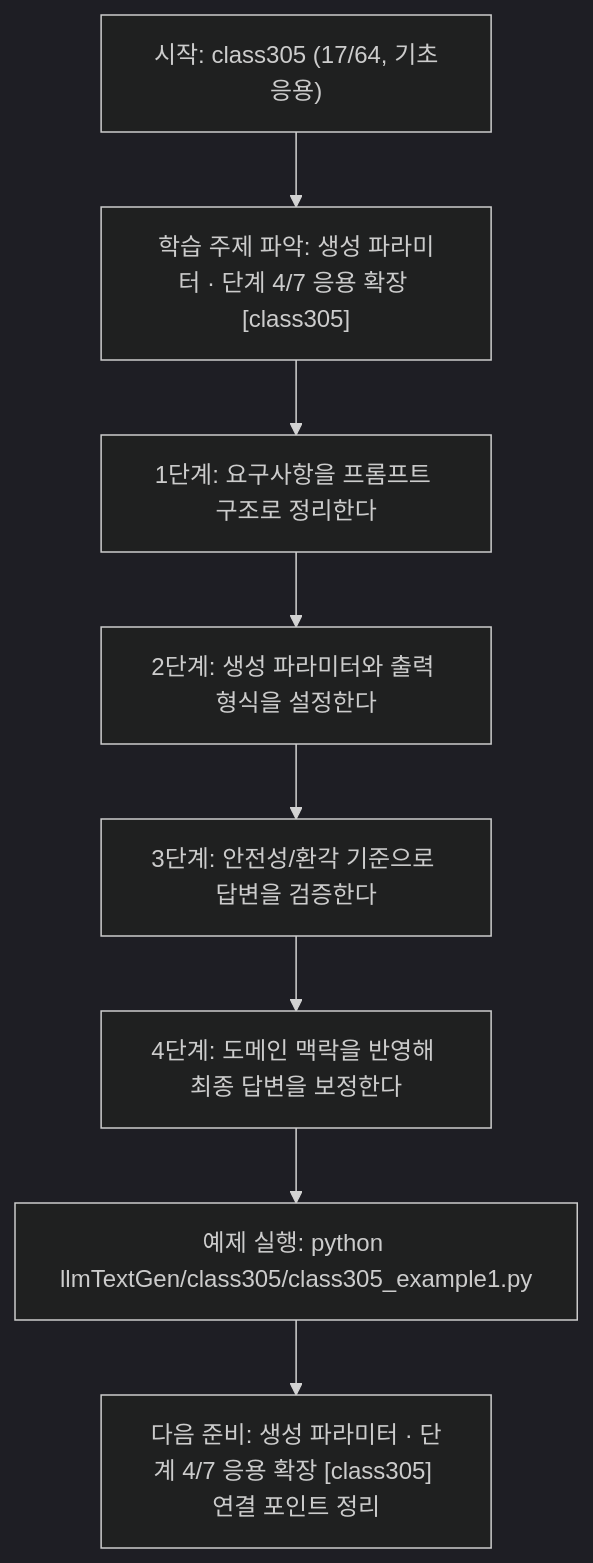
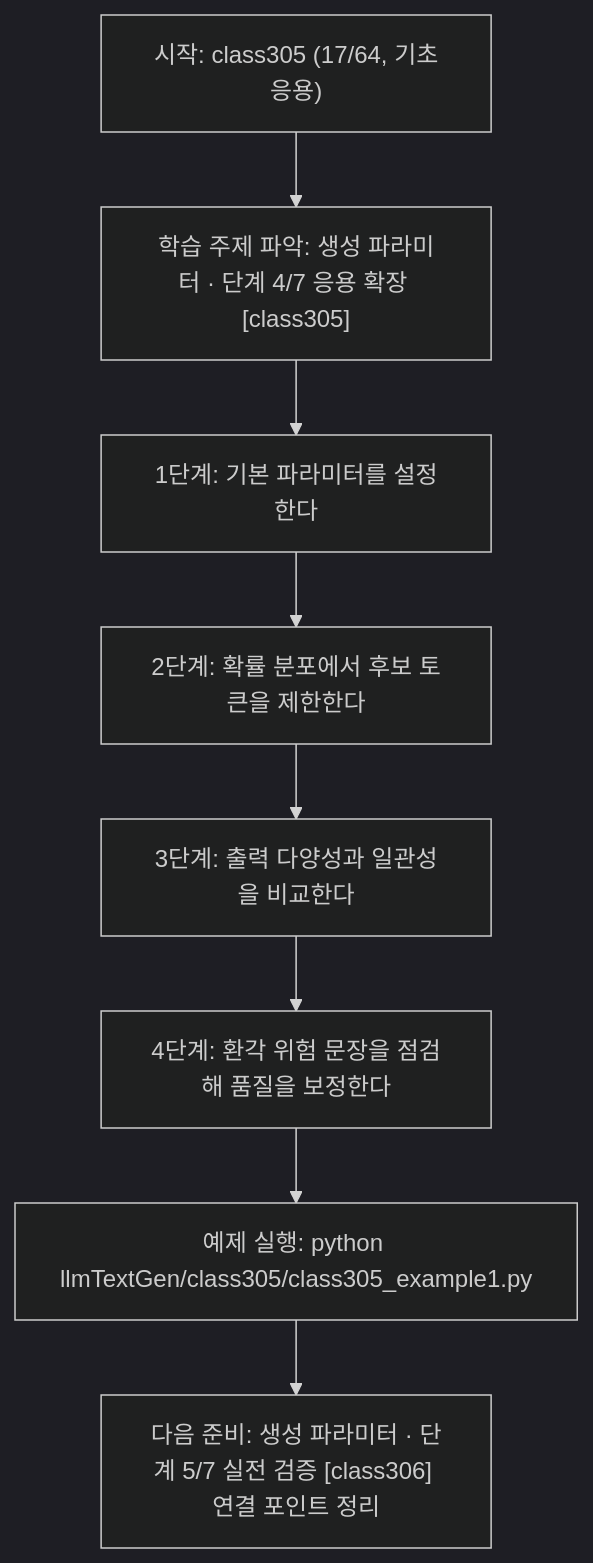
The diagram in llmTextGen/class305/class305.md (edumgt/Python-AI_Agent-Class), drawn with Mermaid (dark theme) before and after one commit. The commit also changed other lines of this file and 451 other files, not shown here.

````diff
--- a/llmTextGen/class305/class305.md
+++ b/llmTextGen/class305/class305.md
@@ -113,18 +95,18 @@
 ```mermaid
 flowchart TD
 N1["시작: class305 (17/64, 기초응용)"]
 N2["학습 주제 파악: 생성 파라미터 · 단계 4/7 응용 확장 [class305]"]
-N3["1단계: 요구사항을 프롬프트 구조로 정리한다"]
-N4["2단계: 생성 파라미터와 출력 형식을 설정한다"]
-N5["3단계: 안전성/환각 기준으로 답변을 검증한다"]
-N6["4단계: 도메인 맥락을 반영해 최종 답변을 보정한다"]
+N3["1단계: 기본 파라미터를 설정한다"]
+N4["2단계: 확률 분포에서 후보 토큰을 제한한다"]
+N5["3단계: 출력 다양성과 일관성을 비교한다"]
+N6["4단계: 환각 위험 문장을 점검해 품질을 보정한다"]
 N7["예제 실행: python llmTextGen/class305/class305_example1.py"]
-N8["다음 준비: 생성 파라미터 · 단계 4/7 응용 확장 [class305] 연결 포인트 정리"]
+N8["다음 준비: 생성 파라미터 · 단계 5/7 실전 검증 [class306] 연결 포인트 정리"]
 N1 --> N2
 N2 --> N3
 N3 --> N4
 N4 --> N5
 N5 --> N6
 N6 --> N7
 N7 --> N8
 ```
````
